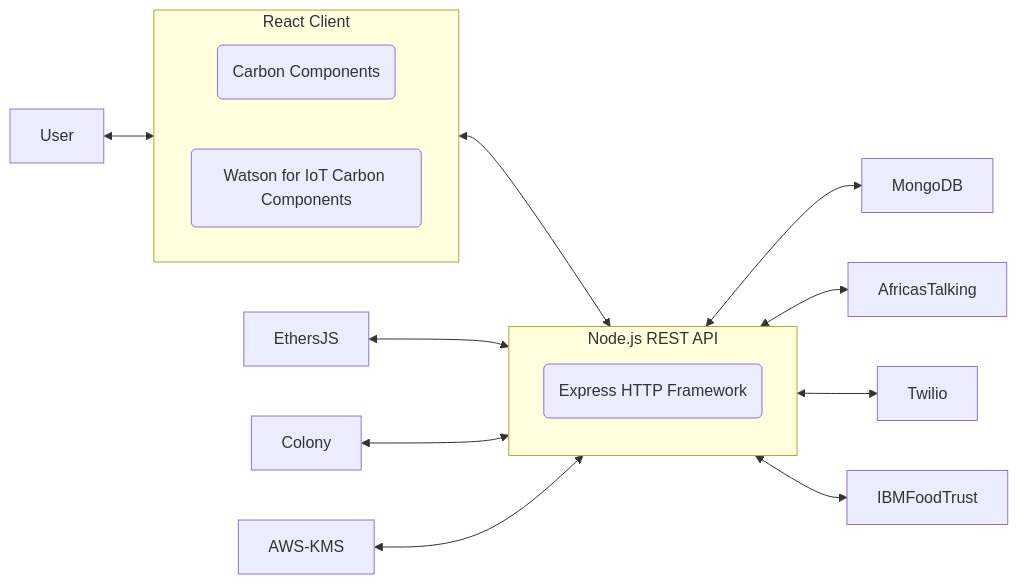
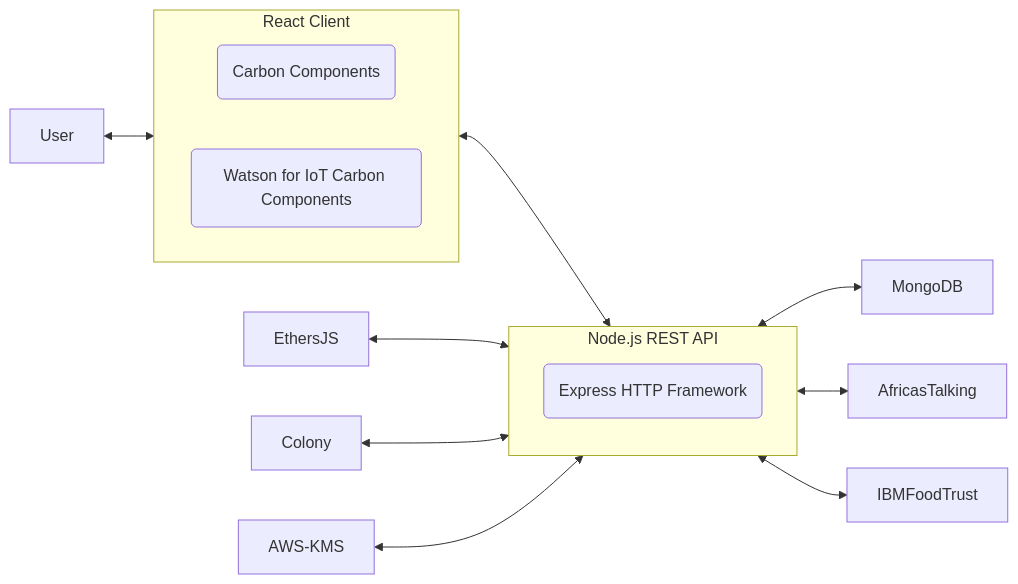
Before and after one commit to Call-for-Code/OpenHarvest: the first of 2 diagrams in README.md, drawn with Mermaid.

````diff
--- a/README.md
+++ b/README.md
@@ -42,21 +42,20 @@
 ```mermaid
 flowchart LR
   subgraph react["React Client"]
     direction LR
     cc(Carbon Components)
     wcc(Watson for IoT Carbon Components)
   end
   subgraph node["Node.js REST API"]
     exp(Express HTTP Framework)
   end
   react<-->node
   node<-->MongoDB
   node<-->AfricasTalking
-  node<-->Twilio
   node<-->IBMFoodTrust
 
   User<-->react
   EthersJS<-->node
   Colony<-->node
   AWS-KMS<-->node
 ```
````
